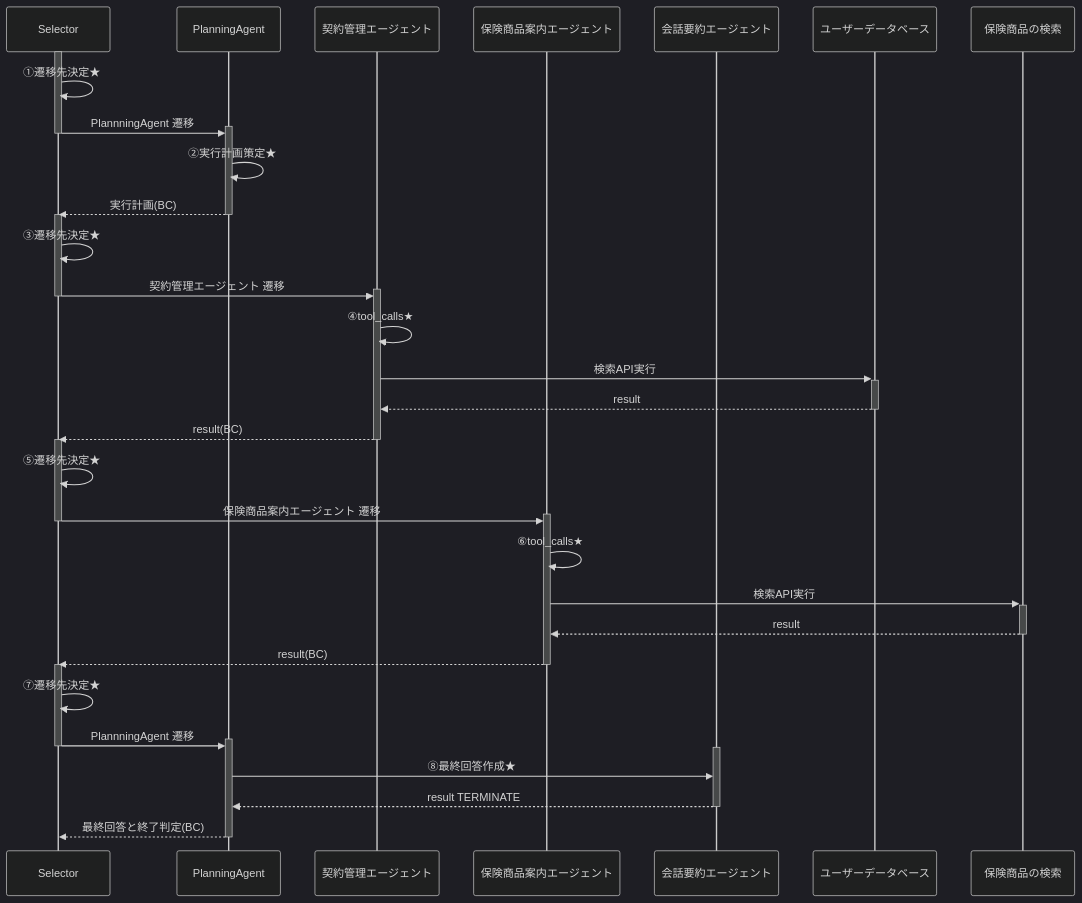
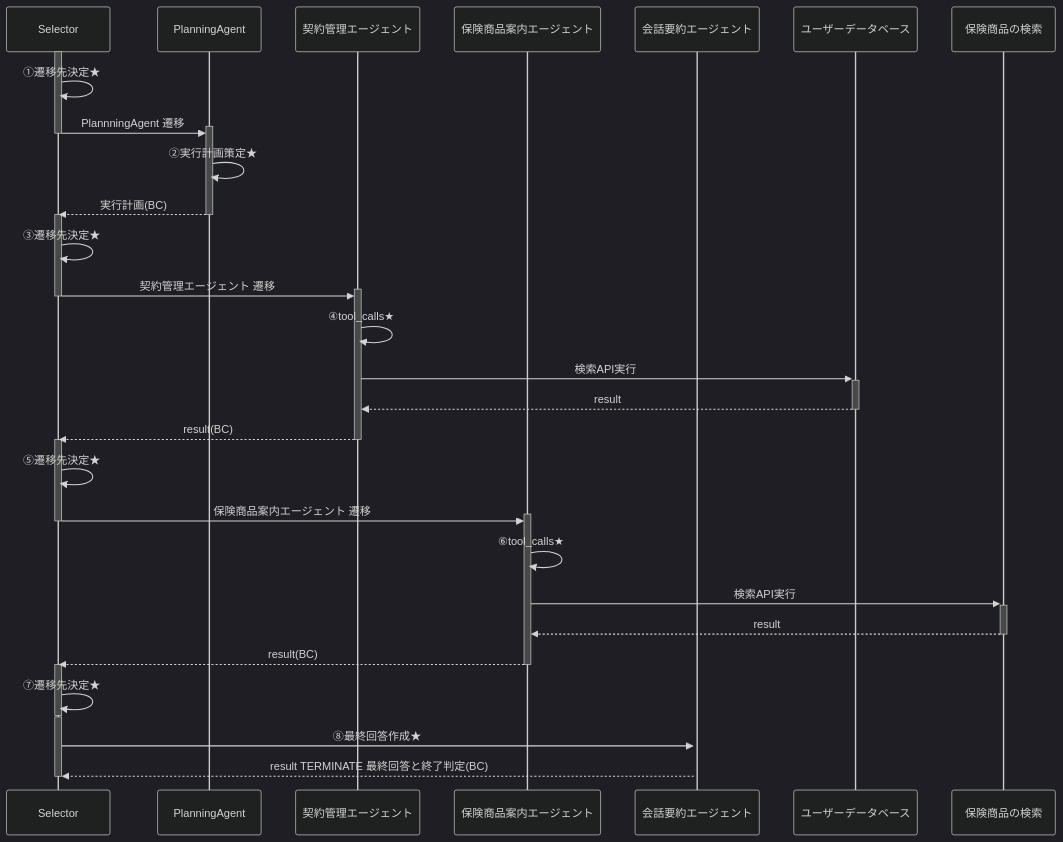
One commit to JnkKnd/Azure-AI-Agent-Handson changed the diagram in handson-textbook/ex4.md. Above: the diagram before and after it, drawn with Mermaid (dark theme). The commit also changed 1 other file, not shown here.

Commit message:
update textbook

````diff
--- a/handson-textbook/ex4.md
+++ b/handson-textbook/ex4.md
@@ -165,49 +165,48 @@
 ```mermaid 
 sequenceDiagram
 participant selector as Selector
 participant planner as PlanningAgent
 participant agent as 契約管理エージェント
 participant agent2 as 保険商品案内エージェント
 participant agent3 as 会話要約エージェント
 participant search as ユーザーデータベース
 participant search2 as 保険商品の検索
     activate selector
     selector ->> selector: ①遷移先決定★
     selector ->>+ planner: PlannningAgent 遷移
     deactivate selector
     
     planner ->> planner: ②実行計画策定★
     planner -->>- selector: 実行計画(BC)
     
     activate selector
     selector ->> selector: ③遷移先決定★
     selector ->>+ agent: 契約管理エージェント 遷移
     deactivate selector
     
     agent ->> agent: ④tool_calls★
     agent ->>+ search: 検索API実行
     search -->>- agent: result
     #agent ->> agent: 結果を書き換え★<br>(reflect_on_tool_use=True)
     agent -->>- selector: result(BC)
     
     activate selector
     selector ->> selector: ⑤遷移先決定★
     selector ->>+ agent2: 保険商品案内エージェント 遷移
     deactivate selector
     
     agent2 ->> agent2: ⑥tool_calls★
     agent2 ->>+ search2: 検索API実行
     search2 -->>- agent2: result
     agent2-->>- selector: result(BC)
     
     activate selector
     selector ->> selector: ⑦遷移先決定★
-    selector ->>+ planner: PlannningAgent 遷移
     deactivate selector
-    
+
     activate agent3
-    planner ->> agent3: ⑧最終回答作成★
-    agent3 -->>- planner: result TERMINATE
-    planner -->>- selector: 最終回答と終了判定(BC)
-    
+    activate selector
+    selector ->> agent3: ⑧最終回答作成★
+    agent3 -->> selector: result TERMINATE 最終回答と終了判定(BC)
+    deactivate selector
 ```
````
